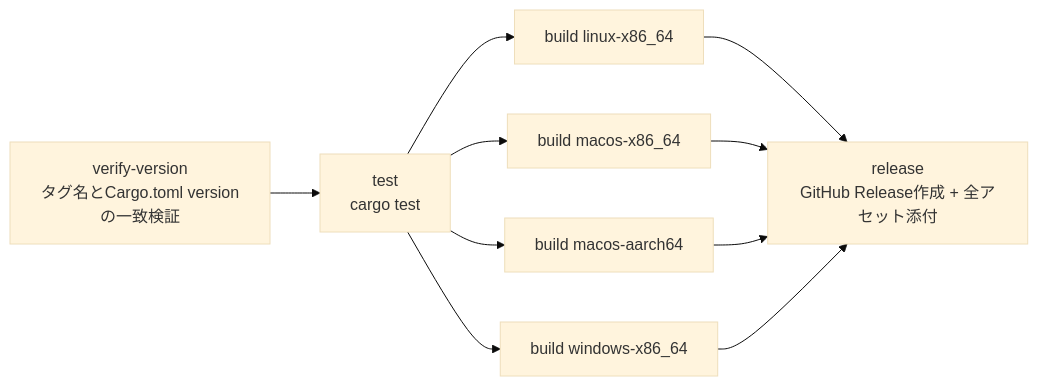
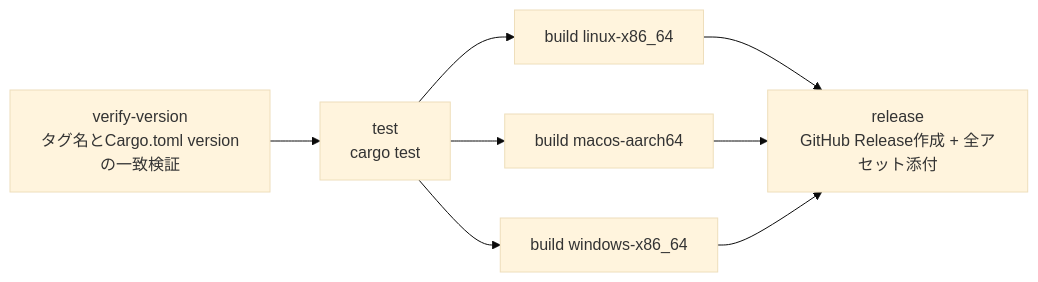
The diagram in aidlc-docs/construction/release-automation/infrastructure-design/infrastructure-design.md (agwlvssainokuni/rust-mustache-processor), drawn with Mermaid (base theme) before and after one commit. The commit also changed other lines of this file and 7 other files, not shown here.

````diff
--- a/aidlc-docs/construction/release-automation/infrastructure-design/infrastructure-design.md
+++ b/aidlc-docs/construction/release-automation/infrastructure-design/infrastructure-design.md
@@ -9,12 +9,10 @@
 ```mermaid
 flowchart LR
     A[verify-version\nタグ名とCargo.toml versionの一致検証] --> B[test\ncargo test]
     B --> C1[build linux-x86_64]
-    B --> C2[build macos-x86_64]
     B --> C3[build macos-aarch64]
     B --> C4[build windows-x86_64]
     C1 --> D[release\nGitHub Release作成 + 全アセット添付]
-    C2 --> D
     C3 --> D
     C4 --> D
 ```
````
